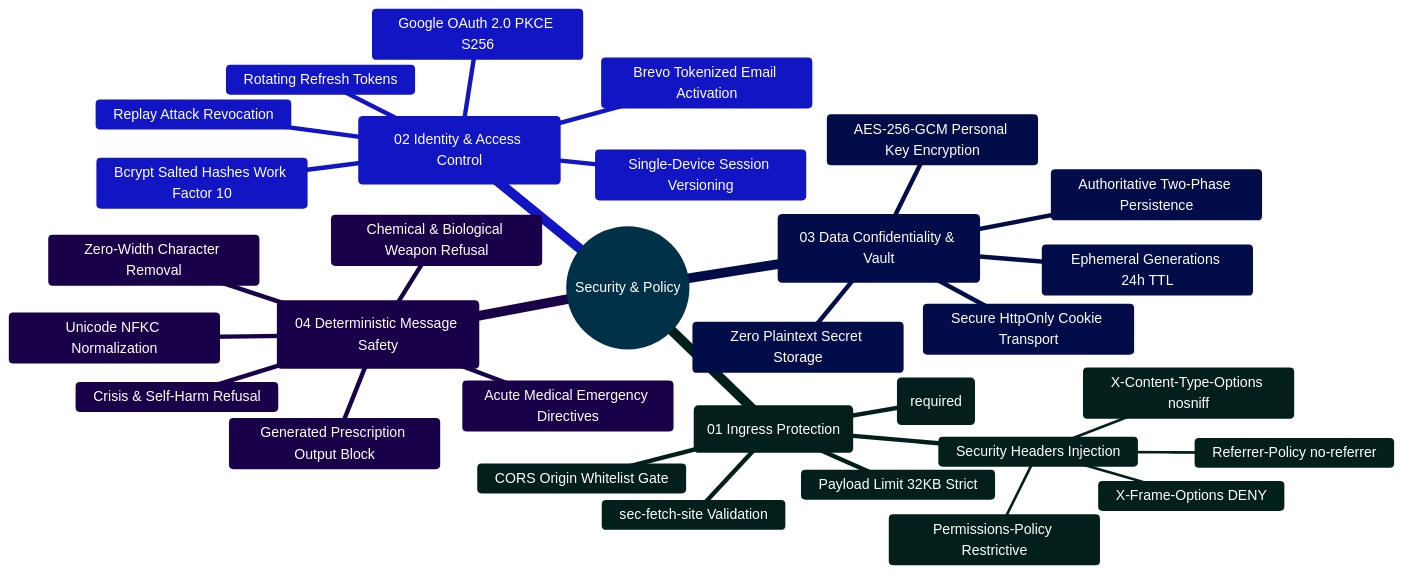
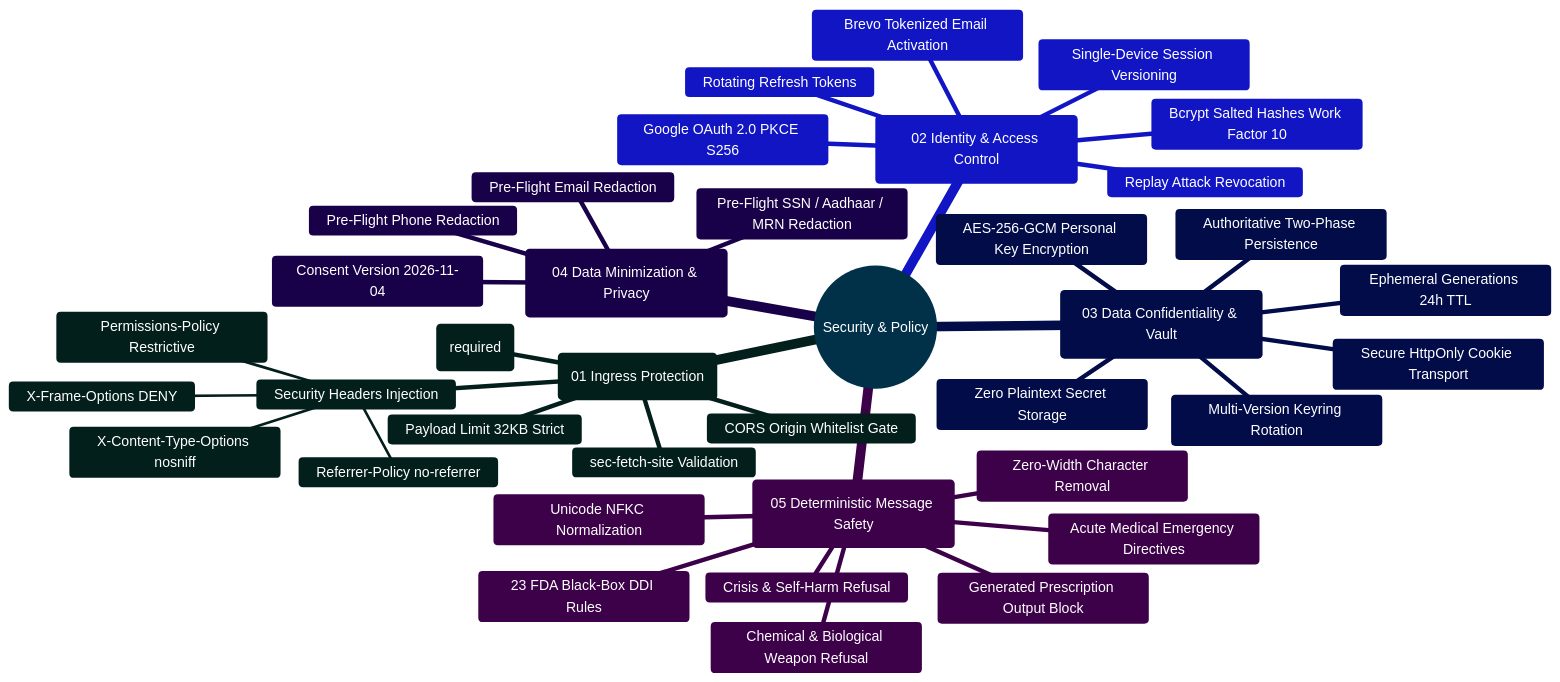
One commit to Ganesh172919/React-App-LLM changed the first of 3 diagrams in docs/SECURITY_AND_MESSAGE_POLICY.md. Above: the diagram before and after it, drawn with Mermaid. The commit also changed other lines of this file and 39 other files, not shown here.

````diff
--- a/docs/SECURITY_AND_MESSAGE_POLICY.md
+++ b/docs/SECURITY_AND_MESSAGE_POLICY.md
@@ -66,36 +70,43 @@
 ```mermaid
 %%{init: {'theme': 'base', 'themeVariables': { 'primaryColor': '#0284c7', 'primaryTextColor': '#ffffff', 'primaryBorderColor': '#0369a1', 'lineColor': '#0284c7', 'secondaryColor': '#0d9488', 'tertiaryColor': '#6366f1' }}}%%
 mindmap
   root((Security & Policy))
     ::icon(fa fa-shield)
     (01 Ingress Protection)
       External HTTPS ingress (required)
       Security Headers Injection
         X-Frame-Options DENY
         X-Content-Type-Options nosniff
         Referrer-Policy no-referrer
         Permissions-Policy Restrictive
       CORS Origin Whitelist Gate
       sec-fetch-site Validation
       Payload Limit 32KB Strict
     (02 Identity & Access Control)
       Single-Device Session Versioning
       Rotating Refresh Tokens
       Replay Attack Revocation
       Bcrypt Salted Hashes Work Factor 10
       Google OAuth 2.0 PKCE S256
       Brevo Tokenized Email Activation
     (03 Data Confidentiality & Vault)
       AES-256-GCM Personal Key Encryption
+      Multi-Version Keyring Rotation
       Zero Plaintext Secret Storage
       Secure HttpOnly Cookie Transport
       Ephemeral Generations 24h TTL
       Authoritative Two-Phase Persistence
-    (04 Deterministic Message Safety)
+    (04 Data Minimization & Privacy)
+      Consent Version 2026-11-04
+      Pre-Flight Email Redaction
+      Pre-Flight Phone Redaction
+      Pre-Flight SSN / Aadhaar / MRN Redaction
+    (05 Deterministic Message Safety)
       Unicode NFKC Normalization
       Zero-Width Character Removal
       Crisis & Self-Harm Refusal
       Chemical & Biological Weapon Refusal
       Acute Medical Emergency Directives
+      23 FDA Black-Box DDI Rules
       Generated Prescription Output Block
 ```
````
